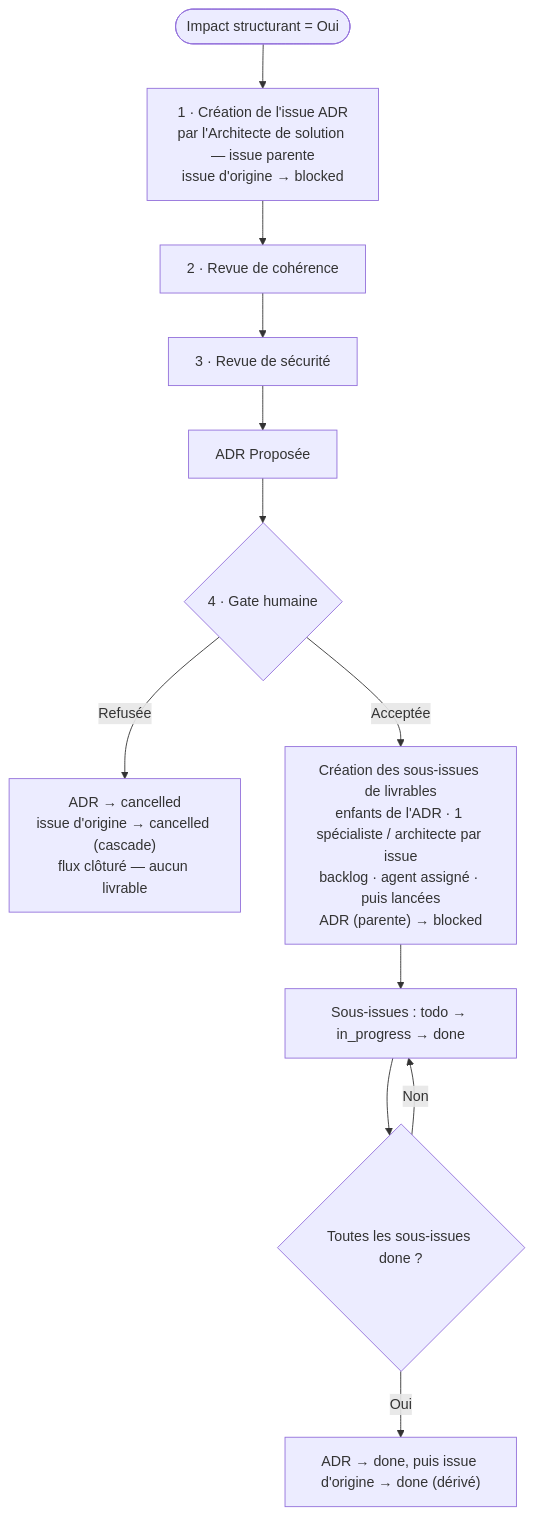
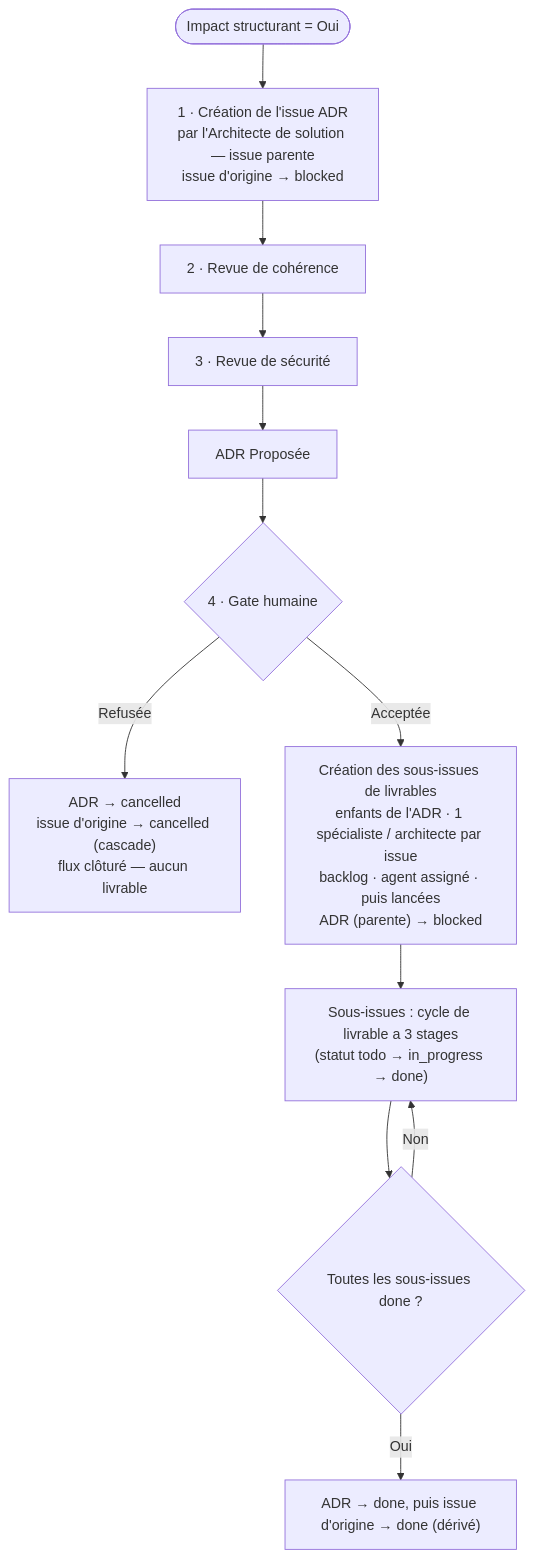
One commit to Gsyltc/homelab-portfolio changed the diagram in core/common/stages/inception/deliverables-breakdown.md. Above: the diagram before and after it, drawn with Mermaid. The commit also changed other lines of this file and 8 other files, not shown here.

First line of the commit message:
feat(core): cycle de livrable à 3 stages (Production / Review / Finalisation)

````diff
--- a/core/common/stages/inception/deliverables-breakdown.md
+++ b/core/common/stages/inception/deliverables-breakdown.md
@@ -46,14 +46,14 @@
 ```mermaid
 flowchart TD
     Start([Impact structurant = Oui]) --> A1
     A1["1 · Création de l'issue ADR<br/>par l'Architecte de solution — issue parente<br/>issue d'origine → blocked"] --> A2
     A2["2 · Revue de cohérence"] --> A3
     A3["3 · Revue de sécurité"] --> Prop["ADR Proposée"]
     Prop --> Gate{"4 · Gate humaine"}
     Gate -->|Refusée| KO["ADR → cancelled<br/>issue d'origine → cancelled (cascade)<br/>flux clôturé — aucun livrable"]
     Gate -->|Acceptée| Issues["Création des sous-issues de livrables<br/>enfants de l'ADR · 1 spécialiste / architecte par issue<br/>backlog · agent assigné · puis lancées<br/>ADR (parente) → blocked"]
-    Issues --> Run["Sous-issues : todo → in_progress → done"]
+    Issues --> Run["Sous-issues : cycle de livrable a 3 stages<br/>(statut todo → in_progress → done)"]
     Run --> Check{"Toutes les sous-issues done ?"}
     Check -->|Non| Run
     Check -->|Oui| Done["ADR → done, puis issue d'origine → done (dérivé)"]
 ```
````
